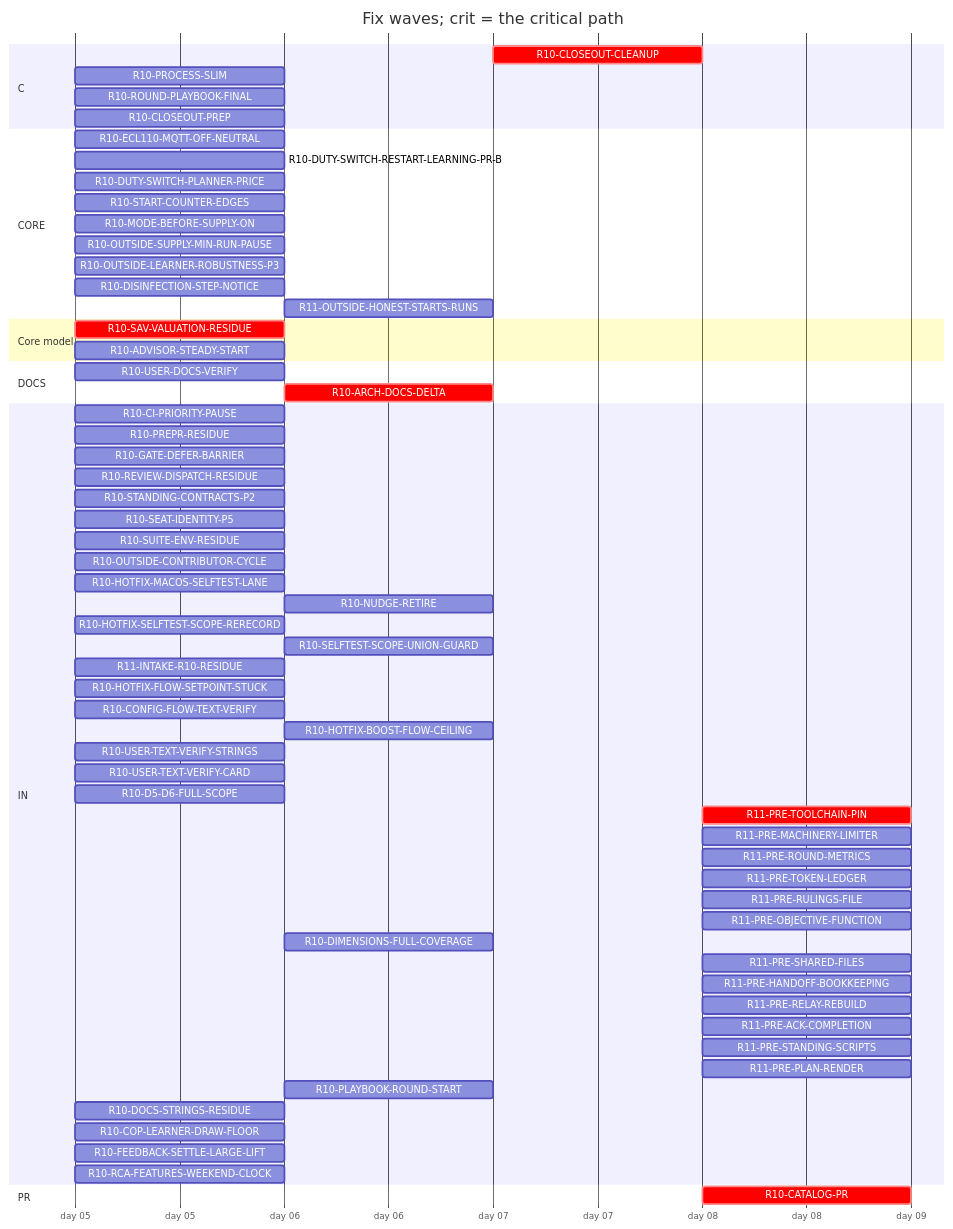
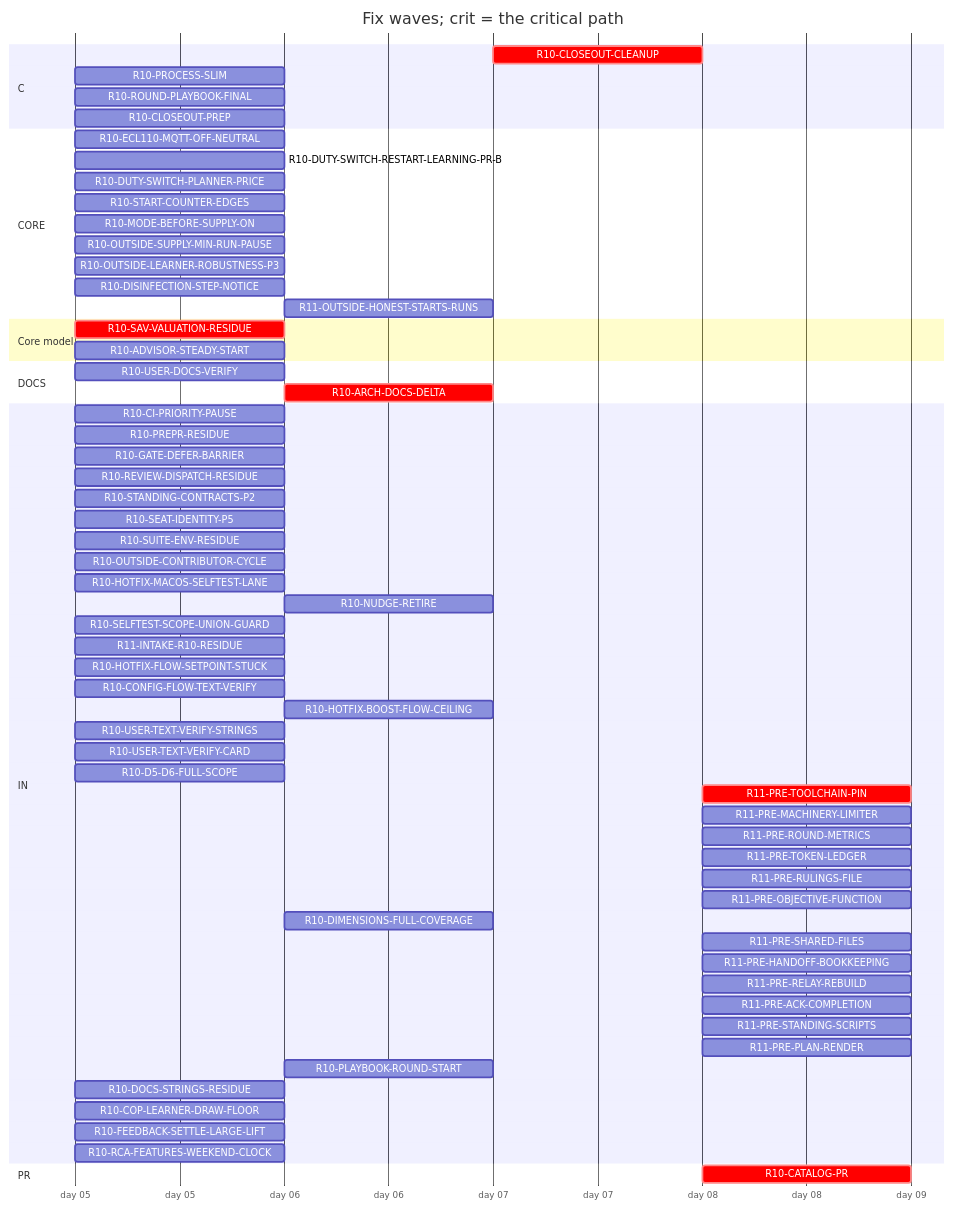
Before and after one commit to tvofi/heatpump_optimizer: the diagram in handoff/round10/state/PLAN-TABLE.md, drawn with Mermaid. The commit also changed other lines of this file and 4 other files, not shown here.

Commit message:
state: FLOW-BOARD.md, NEXT-SESSION-PROMPT.md, PLAN-TABLE.md, PLAN.html, RESUME-CURRENT.md regenerated (state_docs.py)

````diff
--- a/handoff/round10/state/PLAN-TABLE.md
+++ b/handoff/round10/state/PLAN-TABLE.md
@@ -19,67 +19,66 @@
 ```mermaid
 gantt
   title Fix waves; crit = the critical path
   dateFormat YYYY-MM-DD
   axisFormat day %d
   section C
     R10-CLOSEOUT-CLEANUP :crit, r10CLOSEOUTCLEANUP, after r10USERDOCSVERIFY r10CLOSEOUTPREP r10ARCHDOCSDELTA, 1d
     R10-PROCESS-SLIM :r10PROCESSSLIM, 2026-01-05, 1d
     R10-ROUND-PLAYBOOK-FINAL :r10ROUNDPLAYBOOKFINAL, 2026-01-05, 1d
     R10-CLOSEOUT-PREP :r10CLOSEOUTPREP, 2026-01-05, 1d
   section CORE
     R10-ECL110-MQTT-OFF-NEUTRAL :r10ECL110MQTTOFFNEUTRAL, 2026-01-05, 1d
     R10-DUTY-SWITCH-RESTART-LEARNING-PR-B :r10DUTYSWITCHRESTARTLEARNINGPRB, 2026-01-05, 1d
     R10-DUTY-SWITCH-PLANNER-PRICE :r10DUTYSWITCHPLANNERPRICE, 2026-01-05, 1d
     R10-START-COUNTER-EDGES :r10STARTCOUNTEREDGES, 2026-01-05, 1d
     R10-MODE-BEFORE-SUPPLY-ON :r10MODEBEFORESUPPLYON, 2026-01-05, 1d
     R10-OUTSIDE-SUPPLY-MIN-RUN-PAUSE :r10OUTSIDESUPPLYMINRUNPAUSE, 2026-01-05, 1d
     R10-OUTSIDE-LEARNER-ROBUSTNESS-P3 :r10OUTSIDELEARNERROBUSTNESSP3, 2026-01-05, 1d
     R10-DISINFECTION-STEP-NOTICE :r10DISINFECTIONSTEPNOTICE, 2026-01-05, 1d
     R11-OUTSIDE-HONEST-STARTS-RUNS :r11OUTSIDEHONESTSTARTSRUNS, after r10DUTYSWITCHPLANNERPRICE r10OUTSIDESUPPLYMINRUNPAUSE r10ADVISORSTEADYSTART, 1d
   section Core model
     R10-SAV-VALUATION-RESIDUE :crit, r10SAVVALUATIONRESIDUE, 2026-01-05, 1d
     R10-ADVISOR-STEADY-START :r10ADVISORSTEADYSTART, 2026-01-05, 1d
   section DOCS
     R10-USER-DOCS-VERIFY :r10USERDOCSVERIFY, 2026-01-05, 1d
     R10-ARCH-DOCS-DELTA :crit, r10ARCHDOCSDELTA, after r10SAVVALUATIONRESIDUE r10ADVISORSTEADYSTART, 1d
   section IN
     R10-CI-PRIORITY-PAUSE :r10CIPRIORITYPAUSE, 2026-01-05, 1d
     R10-PREPR-RESIDUE :r10PREPRRESIDUE, 2026-01-05, 1d
     R10-GATE-DEFER-BARRIER :r10GATEDEFERBARRIER, 2026-01-05, 1d
     R10-REVIEW-DISPATCH-RESIDUE :r10REVIEWDISPATCHRESIDUE, 2026-01-05, 1d
     R10-STANDING-CONTRACTS-P2 :r10STANDINGCONTRACTSP2, 2026-01-05, 1d
     R10-SEAT-IDENTITY-P5 :r10SEATIDENTITYP5, 2026-01-05, 1d
     R10-SUITE-ENV-RESIDUE :r10SUITEENVRESIDUE, 2026-01-05, 1d
     R10-OUTSIDE-CONTRIBUTOR-CYCLE :r10OUTSIDECONTRIBUTORCYCLE, 2026-01-05, 1d
     R10-HOTFIX-MACOS-SELFTEST-LANE :r10HOTFIXMACOSSELFTESTLANE, 2026-01-05, 1d
     R10-NUDGE-RETIRE :r10NUDGERETIRE, after r10ROUNDPLAYBOOKFINAL, 1d
-    R10-HOTFIX-SELFTEST-SCOPE-RERECORD :r10HOTFIXSELFTESTSCOPERERECORD, 2026-01-05, 1d
-    R10-SELFTEST-SCOPE-UNION-GUARD :r10SELFTESTSCOPEUNIONGUARD, after r10HOTFIXSELFTESTSCOPERERECORD, 1d
+    R10-SELFTEST-SCOPE-UNION-GUARD :r10SELFTESTSCOPEUNIONGUARD, 2026-01-05, 1d
     R11-INTAKE-R10-RESIDUE :r11INTAKER10RESIDUE, 2026-01-05, 1d
     R10-HOTFIX-FLOW-SETPOINT-STUCK :r10HOTFIXFLOWSETPOINTSTUCK, 2026-01-05, 1d
     R10-CONFIG-FLOW-TEXT-VERIFY :r10CONFIGFLOWTEXTVERIFY, 2026-01-05, 1d
     R10-HOTFIX-BOOST-FLOW-CEILING :r10HOTFIXBOOSTFLOWCEILING, after r10HOTFIXFLOWSETPOINTSTUCK, 1d
     R10-USER-TEXT-VERIFY-STRINGS :r10USERTEXTVERIFYSTRINGS, 2026-01-05, 1d
     R10-USER-TEXT-VERIFY-CARD :r10USERTEXTVERIFYCARD, 2026-01-05, 1d
     R10-D5-D6-FULL-SCOPE :r10D5D6FULLSCOPE, 2026-01-05, 1d
     R11-PRE-TOOLCHAIN-PIN :crit, r11PRETOOLCHAINPIN, after r10CATALOGPR, 1d
     R11-PRE-MACHINERY-LIMITER :r11PREMACHINERYLIMITER, after r10CATALOGPR, 1d
     R11-PRE-ROUND-METRICS :r11PREROUNDMETRICS, after r10CATALOGPR, 1d
     R11-PRE-TOKEN-LEDGER :r11PRETOKENLEDGER, after r10CATALOGPR, 1d
     R11-PRE-RULINGS-FILE :r11PRERULINGSFILE, after r10CATALOGPR, 1d
     R11-PRE-OBJECTIVE-FUNCTION :r11PREOBJECTIVEFUNCTION, after r10CATALOGPR, 1d
     R10-DIMENSIONS-FULL-COVERAGE :r10DIMENSIONSFULLCOVERAGE, after r10D5D6FULLSCOPE, 1d
     R11-PRE-SHARED-FILES :r11PRESHAREDFILES, after r10CATALOGPR, 1d
     R11-PRE-HANDOFF-BOOKKEEPING :r11PREHANDOFFBOOKKEEPING, after r10CATALOGPR, 1d
     R11-PRE-RELAY-REBUILD :r11PRERELAYREBUILD, after r10CATALOGPR, 1d
     R11-PRE-ACK-COMPLETION :r11PREACKCOMPLETION, after r10CATALOGPR, 1d
     R11-PRE-STANDING-SCRIPTS :r11PRESTANDINGSCRIPTS, after r10CATALOGPR, 1d
     R11-PRE-PLAN-RENDER :r11PREPLANRENDER, after r10CATALOGPR, 1d
     R10-PLAYBOOK-ROUND-START :r10PLAYBOOKROUNDSTART, after r10ROUNDPLAYBOOKFINAL, 1d
     R10-DOCS-STRINGS-RESIDUE :r10DOCSSTRINGSRESIDUE, 2026-01-05, 1d
     R10-COP-LEARNER-DRAW-FLOOR :r10COPLEARNERDRAWFLOOR, 2026-01-05, 1d
     R10-FEEDBACK-SETTLE-LARGE-LIFT :r10FEEDBACKSETTLELARGELIFT, 2026-01-05, 1d
     R10-RCA-FEATURES-WEEKEND-CLOCK :r10RCAFEATURESWEEKENDCLOCK, 2026-01-05, 1d
   section PR
     R10-CATALOG-PR :crit, r10CATALOGPR, after r10USERDOCSVERIFY r10CLOSEOUTCLEANUP r10CLOSEOUTPREP r10ARCHDOCSDELTA, 1d
 ```
````
